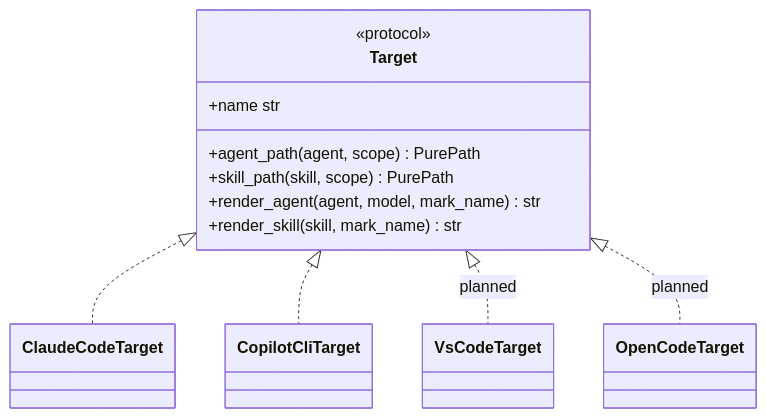
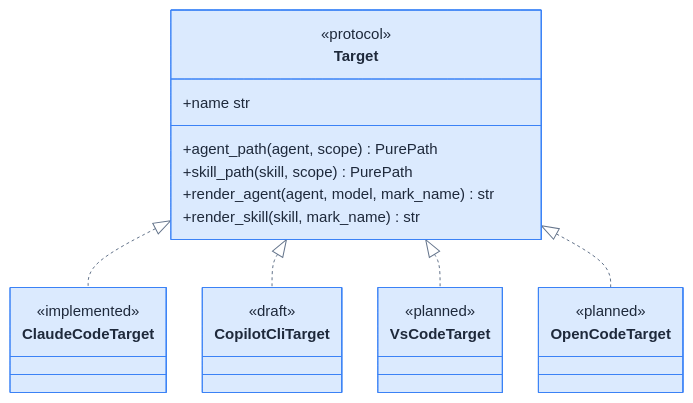
Before and after one commit to HW-Agents-Forge/general-agents: the second of 2 diagrams in docs/architecture.md, drawn with Mermaid. The commit also changed other lines of this file and 9 other files, not shown here.

First line of the commit message:
Modernize the Mermaid diagrams: shared palette, hexagon decisions, cleaner layouts

````diff
--- a/docs/architecture.md
+++ b/docs/architecture.md
@@ -71,15 +83,29 @@
 ```mermaid
+%%{init: {"theme":"base","themeVariables":{"fontFamily":"ui-sans-serif, system-ui, -apple-system, Segoe UI, Helvetica, Arial, sans-serif","fontSize":"15px","textColor":"#1e293b","lineColor":"#64748b","primaryColor":"#dbeafe","primaryBorderColor":"#3b82f6","primaryTextColor":"#1e3a8a","secondaryColor":"#ede9fe","tertiaryColor":"#f8fafc","edgeLabelBackground":"#f8fafc","clusterBkg":"#f8fafc","clusterBorder":"#cbd5e1","titleColor":"#334155"},"flowchart":{"curve":"basis","padding":14,"nodeSpacing":36,"rankSpacing":48,"htmlLabels":true}}}%%
 classDiagram
+    direction TB
     class Target {
         <<protocol>>
         +name str
         +agent_path(agent, scope) PurePath
         +skill_path(skill, scope) PurePath
         +render_agent(agent, model, mark_name) str
         +render_skill(skill, mark_name) str
     }
+    class ClaudeCodeTarget {
+        <<implemented>>
+    }
+    class CopilotCliTarget {
+        <<draft>>
+    }
+    class VsCodeTarget {
+        <<planned>>
+    }
+    class OpenCodeTarget {
+        <<planned>>
+    }
     Target <|.. ClaudeCodeTarget
     Target <|.. CopilotCliTarget
-    Target <|.. VsCodeTarget : planned
-    Target <|.. OpenCodeTarget : planned
+    Target <|.. VsCodeTarget
+    Target <|.. OpenCodeTarget
 ```
````
